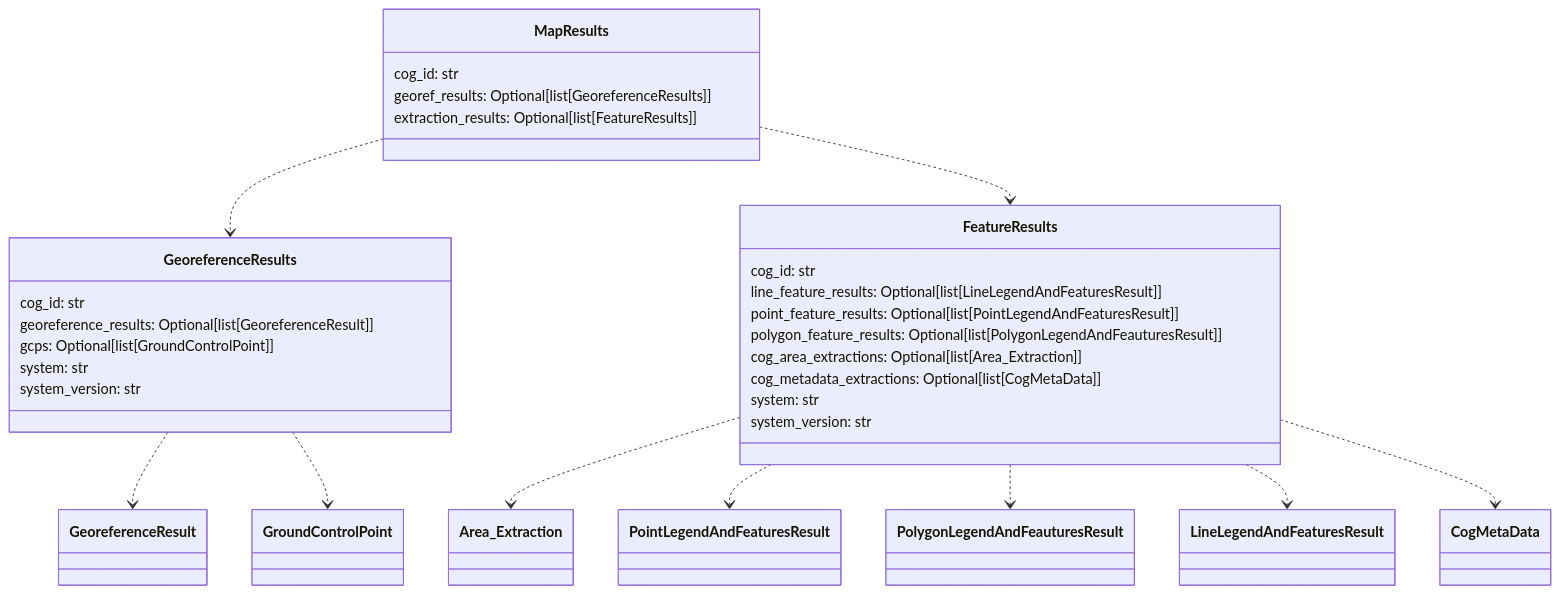
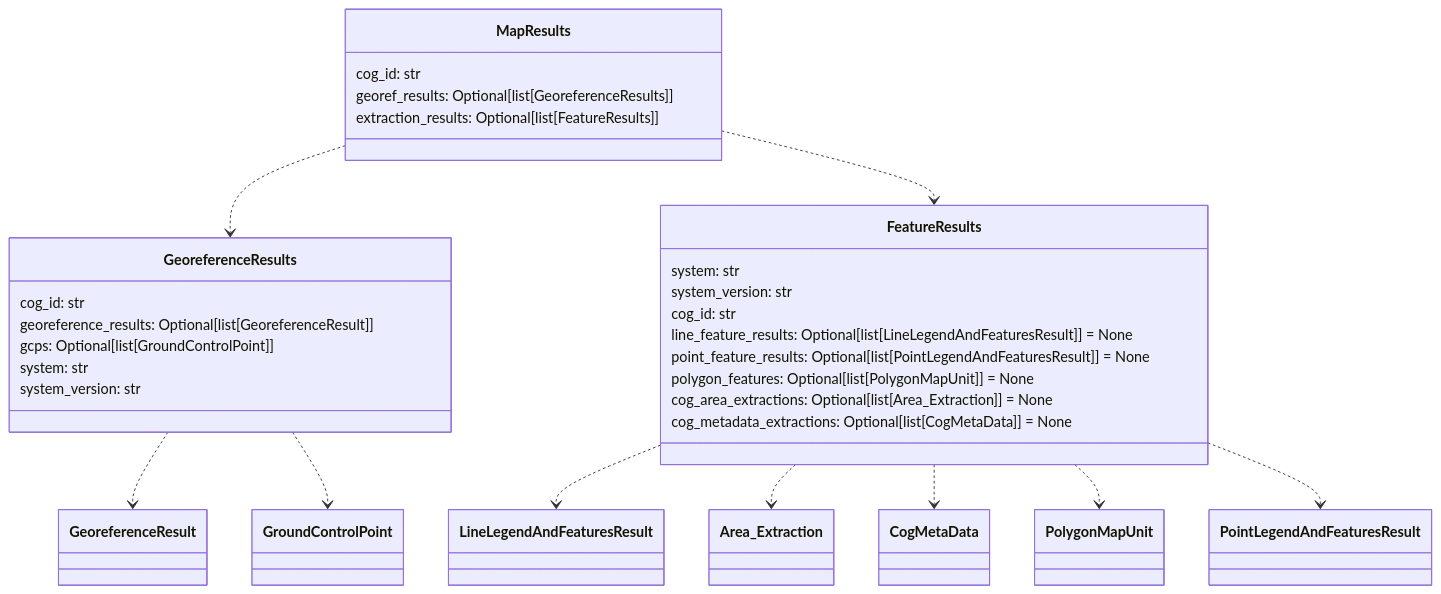
One commit to DARPA-CRITICALMAAS/cdr_schemas changed diagram 11 of 12 in README.md. Above: the diagram before and after it, drawn with Mermaid. The commit also changed other lines of this file and 3 other files, not shown here.

````diff
--- a/README.md
+++ b/README.md
@@ -863,40 +816,40 @@
 ```mermaid
 classDiagram
 
     class GeoreferenceResults {
         cog_id: str
         georeference_results: Optional[list[GeoreferenceResult]]
         gcps: Optional[list[GroundControlPoint]]
         system: str
         system_version: str
     }
 
     class FeatureResults {
-        cog_id: str
-        line_feature_results: Optional[list[LineLegendAndFeaturesResult]]
-        point_feature_results: Optional[list[PointLegendAndFeaturesResult]]
-        polygon_feature_results: Optional[list[PolygonLegendAndFeauturesResult]]
-        cog_area_extractions: Optional[list[Area_Extraction]]
-        cog_metadata_extractions: Optional[list[CogMetaData]]
         system: str
         system_version: str
+        cog_id: str
+        line_feature_results: Optional[list[LineLegendAndFeaturesResult]] = None
+        point_feature_results: Optional[list[PointLegendAndFeaturesResult]] = None
+        polygon_features: Optional[list[PolygonMapUnit]] = None
+        cog_area_extractions: Optional[list[Area_Extraction]] = None
+        cog_metadata_extractions: Optional[list[CogMetaData]] = None
     }
 
     class MapResults {
         cog_id: str
         georef_results: Optional[list[GeoreferenceResults]]
         extraction_results: Optional[list[FeatureResults]]
     }
 
+    FeatureResults ..> LineLegendAndFeaturesResult
     FeatureResults ..> Area_Extraction
+    FeatureResults ..> CogMetaData
+    FeatureResults ..> PolygonMapUnit
     FeatureResults ..> PointLegendAndFeaturesResult
-    FeatureResults ..> PolygonLegendAndFeauturesResult
-    FeatureResults ..> LineLegendAndFeaturesResult
-    FeatureResults ..> CogMetaData
     GeoreferenceResults ..> GeoreferenceResult
     GeoreferenceResults ..> GroundControlPoint
     MapResults ..> GeoreferenceResults
     MapResults ..> FeatureResults
 
 
 ```
````
